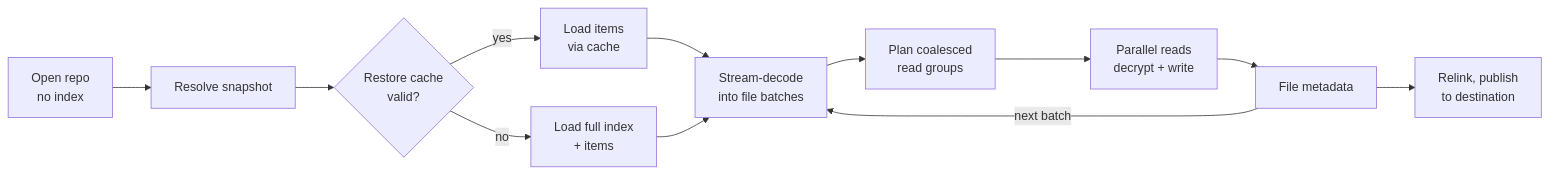
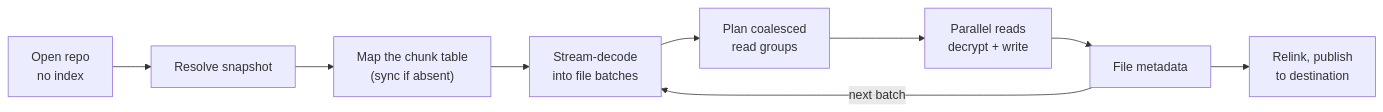
The fourth of 7 diagrams in docs/src/content/docs/architecture.md (borgbase/vykar), drawn with Mermaid before and after one commit. The commit also changed other lines of this file and 67 other files, not shown here.

````diff
--- a/docs/src/content/docs/architecture.md
+++ b/docs/src/content/docs/architecture.md
@@ -607,14 +600,11 @@
 ```mermaid
 flowchart LR
     open["Open repo<br/>no index"] --> resolve["Resolve snapshot"]
-    resolve --> cache{"Restore cache<br/>valid?"}
-    cache -- yes --> items1["Load items<br/>via cache"]
-    cache -- no --> items2["Load full index<br/>+ items"]
-    items1 --> decode["Stream-decode<br/>into file batches"]
-    items2 --> decode
+    resolve --> table["Map the chunk table<br/>(sync if absent)"]
+    table --> decode["Stream-decode<br/>into file batches"]
     decode --> plan["Plan coalesced<br/>read groups"]
     plan --> read["Parallel reads<br/>decrypt + write"]
     read --> meta["File metadata"]
     meta -- next batch --> decode
     meta --> publish["Relink, publish<br/>to destination"]
 ```
````
